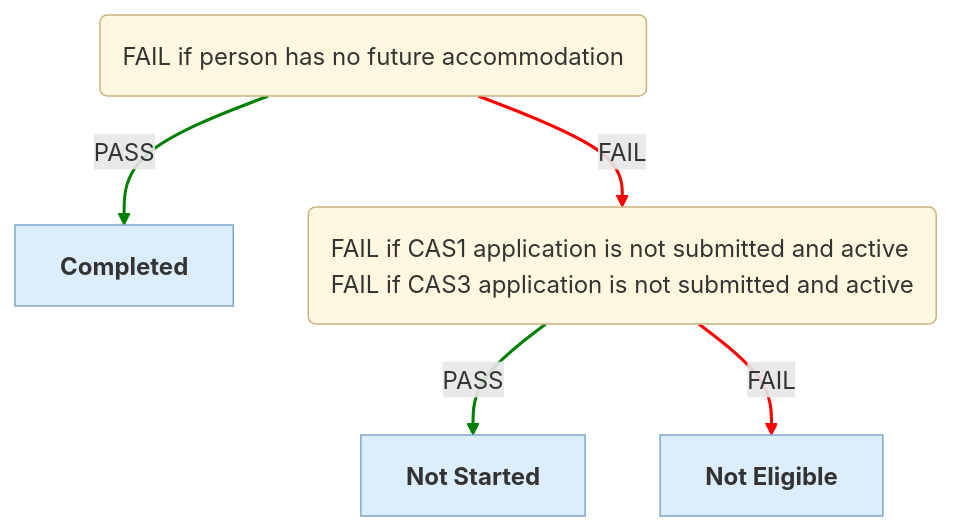
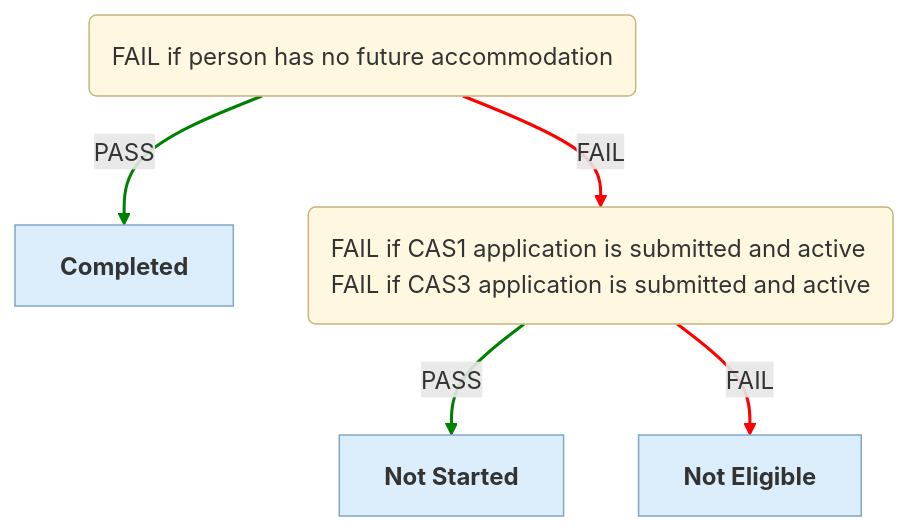
The sixth of 6 diagrams in docs/eligibility-rules-graph.md (ministryofjustice/hmpps-single-accommodation-service-api), drawn with Mermaid before and after one commit. The commit also changed other lines of this file and 273 other files, not shown here.

````diff
--- a/docs/eligibility-rules-graph.md
+++ b/docs/eligibility-rules-graph.md
@@ -564,21 +564,21 @@
 ```mermaid
 %%{init: {"flowchart": {"wrappingWidth": 800}}}%%
 flowchart TD
   Completion("<div style='text-align:left'>FAIL if person has no future accommodation</div>")
   PA_COMPLETED["<b>Completed</b>"]
-  Eligibility("<div style='text-align:left'>FAIL if CAS1 application is not submitted and active
-FAIL if CAS3 application is not submitted and active</div>")
+  Eligibility("<div style='text-align:left'>FAIL if CAS1 application is submitted and active
+FAIL if CAS3 application is submitted and active</div>")
   PA_NOT_STARTED["<b>Not Started</b>"]
   PA_NOT_ELIGIBLE["<b>Not Eligible</b>"]
   Completion -->|PASS| PA_COMPLETED
   Eligibility -->|PASS| PA_NOT_STARTED
   Eligibility -->|FAIL| PA_NOT_ELIGIBLE
   Completion -->|FAIL| Eligibility
   linkStyle 0,1 stroke:green,stroke-width:2px
   linkStyle 2,3 stroke:red,stroke-width:2px
   classDef ruleSetNode fill:#FFF8E1,stroke:#C9B37E,color:#333
   classDef outcomeNode fill:#DCEEFB,stroke:#7FA7C9,color:#333
   classDef updaterNode fill:#EDE7F6,stroke:#A99BC9,color:#333
   class Completion,Eligibility ruleSetNode
   class PA_COMPLETED,PA_NOT_STARTED,PA_NOT_ELIGIBLE outcomeNode
 ```
````
